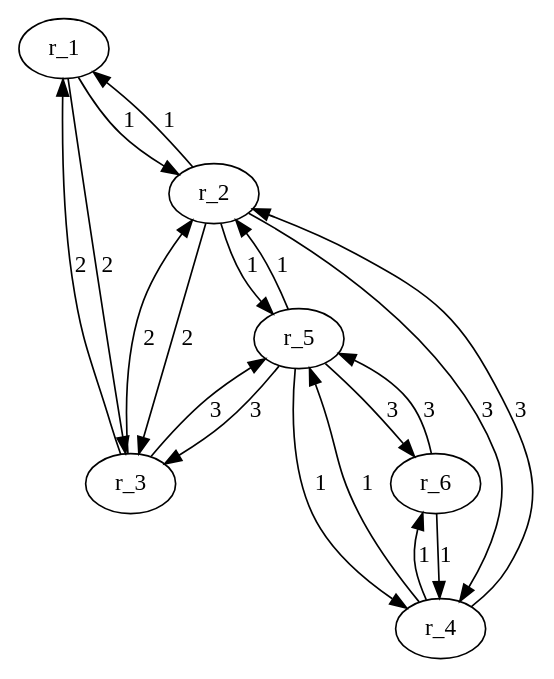
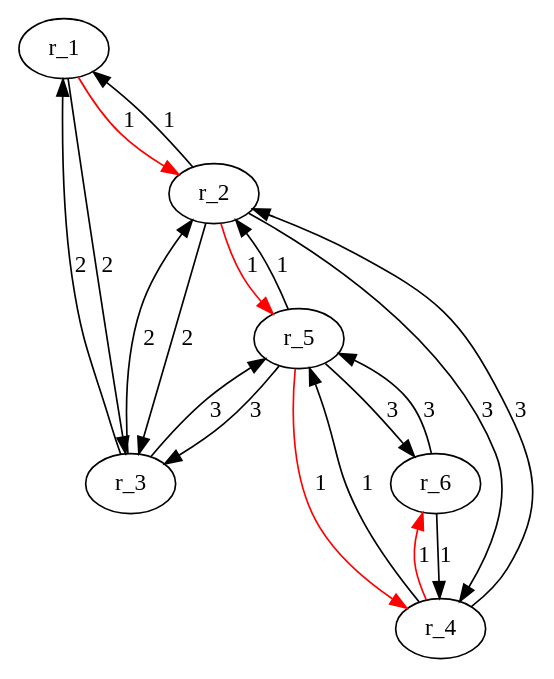
Before and after one commit to MassiGy/Network-routing-overview: the diagram in src/network.dot, drawn with Graphviz. The commit also changed 1 other file, not shown here.

```diff
--- a/src/network.dot
+++ b/src/network.dot
@@ -1,20 +1,20 @@
 digraph network {
-	r_1->r_2[label ="1"];
+	r_1->r_2[label ="1"][color ="red"];
 	r_1->r_3[label ="2"];
 	r_2->r_1[label ="1"];
 	r_2->r_3[label ="2"];
 	r_2->r_4[label ="3"];
-	r_2->r_5[label ="1"];
+	r_2->r_5[label ="1"][color ="red"];
 	r_3->r_1[label ="2"];
 	r_3->r_2[label ="2"];
 	r_3->r_5[label ="3"];
 	r_4->r_2[label ="3"];
 	r_4->r_5[label ="1"];
-	r_4->r_6[label ="1"];
+	r_4->r_6[label ="1"][color ="red"];
 	r_5->r_2[label ="1"];
 	r_5->r_3[label ="3"];
-	r_5->r_4[label ="1"];
+	r_5->r_4[label ="1"][color ="red"];
 	r_5->r_6[label ="3"];
 	r_6->r_4[label ="1"];
 	r_6->r_5[label ="3"];
 }
```
